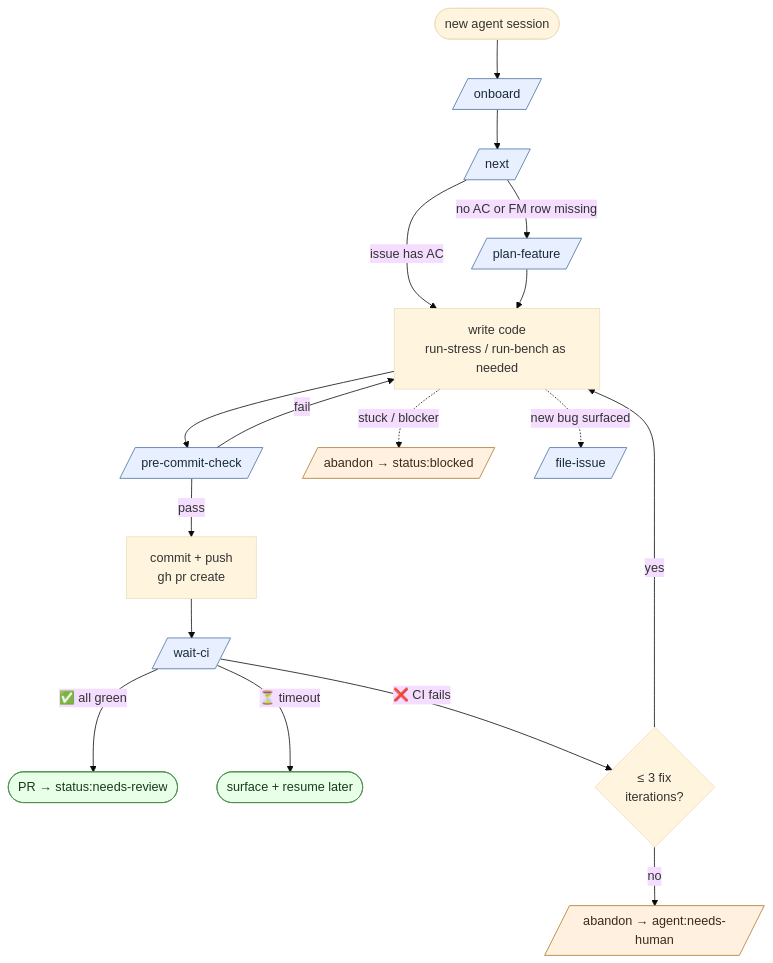
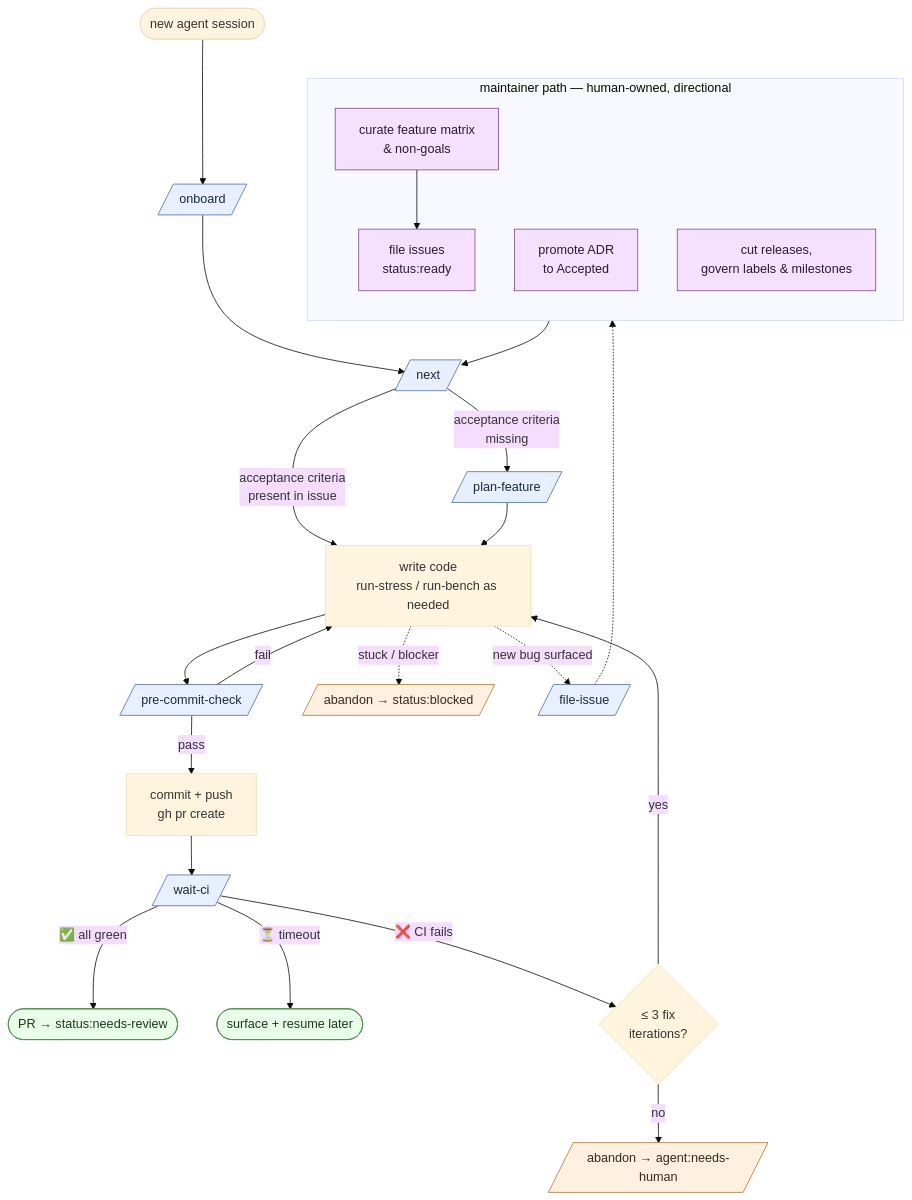
The second of 2 diagrams in README.md (mroche14/physa-db), drawn with Mermaid (base theme) before and after one commit. The commit also changed other lines of this file, not shown here.

Commit message:
docs(readme): expand dev-loop abbreviations + show maintainer → issue queue feed (#63)
Two corrections to the dev-loop Mermaid landed in #61:

- `AC` is expanded to `acceptance criteria` on the /next branch
  labels. The abbreviation was meaningful only post-onboarding; the
  README is read *before* /onboard runs.
- `FM row missing` is dropped. The actual trigger for /plan-feature
  is "acceptance criteria missing", regardless of whether the issue
  cites a feature-matrix row. Simpler semantic, clearer label.

Also surfaces the maintainer half of the loop visually. Previously
the prose named the two paths (contributor vs maintainer) but the
diagram only drew the contributor side. The new subgraph shows
maintainers curating the feature matrix, filing issues into
status:ready, promoting ADRs, and cutting releases — and an arrow
from that filing step into /next closes the loop.

The /file-issue escape edge gains a dotted return arrow into the
same queue node, making explicit that agents can both consume AND
produce issues. The two populations end up sharing the same backlog.

Closes #62

````diff
--- a/README.md
+++ b/README.md
@@ -150,31 +150,43 @@
 ```mermaid
 flowchart TD
+    subgraph maintainer ["maintainer path — human-owned, directional"]
+        direction TB
+        m1[curate feature matrix<br/>& non-goals] --> m2[file issues<br/>status:ready]
+        m3[promote ADR<br/>to Accepted]
+        m4[cut releases,<br/>govern labels & milestones]
+    end
+
+    m2 --> next
+
     start([new agent session]) --> onboard[/onboard/]
     onboard --> next[/next/]
 
-    next -->|issue has AC| code[write code<br/>run-stress / run-bench as needed]
-    next -->|no AC or FM row missing| plan[/plan-feature/]
+    next -->|acceptance criteria<br/>present in issue| code[write code<br/>run-stress / run-bench as needed]
+    next -->|acceptance criteria<br/>missing| plan[/plan-feature/]
     plan --> code
 
     code --> precheck[/pre-commit-check/]
     precheck -->|fail| code
     precheck -->|pass| push[commit + push<br/>gh pr create]
     push --> waitci[/wait-ci/]
 
     waitci -->|✅ all green| review([PR → status:needs-review])
     waitci -->|⏳ timeout| resume([surface + resume later])
     waitci -->|❌ CI fails| retries{≤ 3 fix<br/>iterations?}
 
     retries -->|yes| code
     retries -->|no| nh[/abandon → agent:needs-human/]
 
     code -. stuck / blocker .-> blocked[/abandon → status:blocked/]
     code -. new bug surfaced .-> fileissue[/file-issue/]
+    fileissue -.-> m2
 
     classDef skill fill:#e8f0ff,stroke:#4a6fa5,color:#1a2a3a
     classDef terminal fill:#e8ffe8,stroke:#4a8f4a,color:#1a3a1a
     classDef escape fill:#fff0e0,stroke:#b07a2a,color:#3a2a1a
+    classDef maint fill:#f5e0ff,stroke:#7a4a8f,color:#2a1a3a
     class onboard,next,plan,precheck,waitci,fileissue skill
     class review,resume terminal
     class nh,blocked escape
+    class m1,m2,m3,m4 maint
 ```
````
